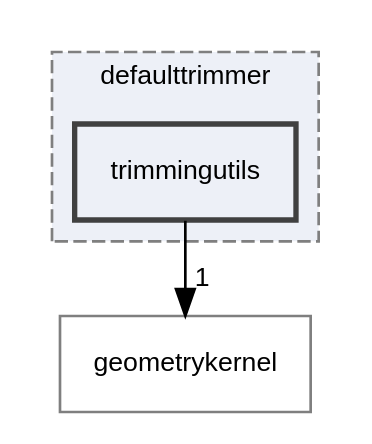
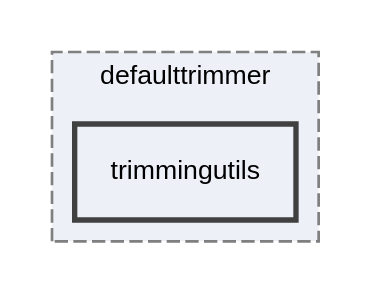
One commit to rath3t/dune-iga-doc changed the diagram in dir_75403dd546d989c4e56d84af3932dae7_dep.dot. Above: the diagram before and after it, drawn with Graphviz. The commit also changed 876 other files, not shown here.

```diff
--- a/dir_75403dd546d989c4e56d84af3932dae7_dep.dot
+++ b/dir_75403dd546d989c4e56d84af3932dae7_dep.dot
@@ -1,13 +1,11 @@
 digraph "trimmingutils"
 {
  // LATEX_PDF_SIZE
   edge [fontname="Helvetica",fontsize="10",labelfontname="Helvetica",labelfontsize="10"];
   node [fontname="Helvetica",fontsize="10",shape=record];
   compound=true
   subgraph clusterdir_265321845ed2650d675b22a94b62262d {
     graph [ bgcolor="#edf0f7", pencolor="grey50", style="filled,dashed,", label="defaulttrimmer", fontname="Helvetica", fontsize="10", URL="dir_265321845ed2650d675b22a94b62262d.html"]
   dir_75403dd546d989c4e56d84af3932dae7 [shape=box, label="trimmingutils", style="filled,bold,", fillcolor="#edf0f7", color="grey25", URL="dir_75403dd546d989c4e56d84af3932dae7.html"];
   }
-  dir_98571e7345f7327fea7723ec1a12d870 [shape=box, label="geometrykernel", style="", fillcolor="#edf0f7", color="grey50", URL="dir_98571e7345f7327fea7723ec1a12d870.html"];
-  dir_75403dd546d989c4e56d84af3932dae7->dir_98571e7345f7327fea7723ec1a12d870 [headlabel="1", labeldistance=1.5 headhref="dir_000020_000006.html"];
 }
```
